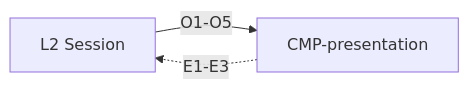
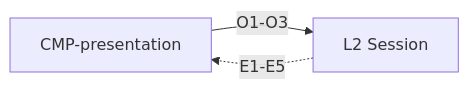
One commit to waigore/simplechessv2 changed the diagram in specs/technical/contracts/presentation.md. Above: the diagram before and after it, drawn with Mermaid. The commit also changed other lines of this file, not shown here.

First line of the commit message:
Make presentation contract L1→L2 only under LAY.D1/D5.

````diff
--- a/specs/technical/contracts/presentation.md
+++ b/specs/technical/contracts/presentation.md
@@ -47,7 +47,7 @@
 ```mermaid
 flowchart LR
+  L1[CMP-presentation]
   L2[L2 Session]
-  V[CMP-presentation]
-  L2 -->|O1-O5| V
-  V -.->|E1-E3| L2
+  L1 -->|O1-O3| L2
+  L2 -.->|E1-E5| L1
 ```
````
